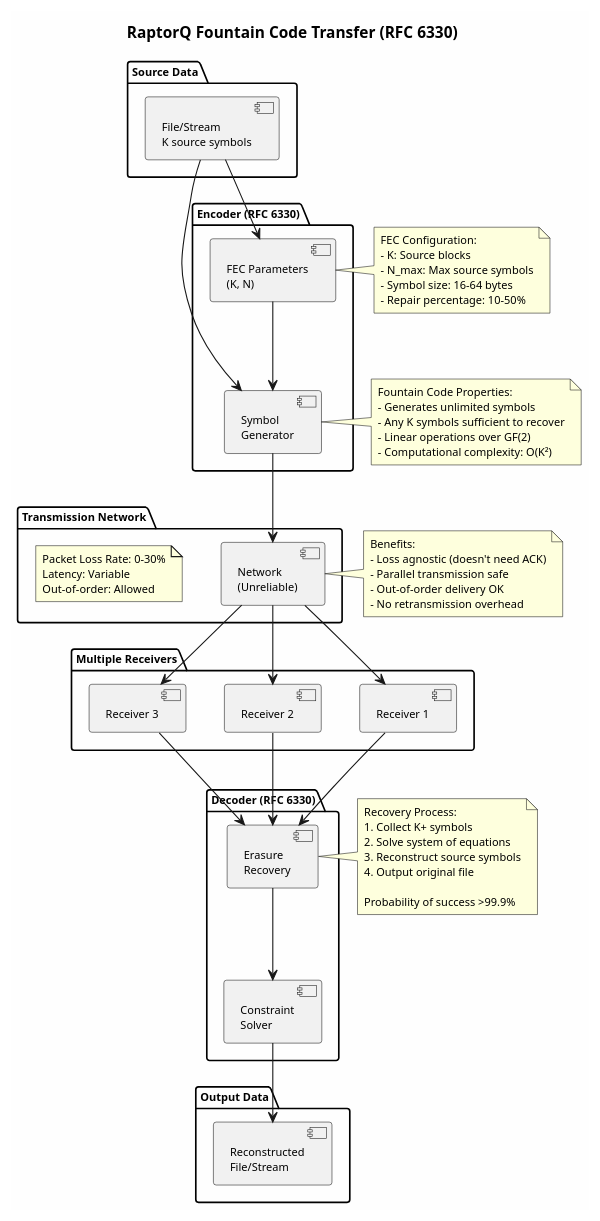
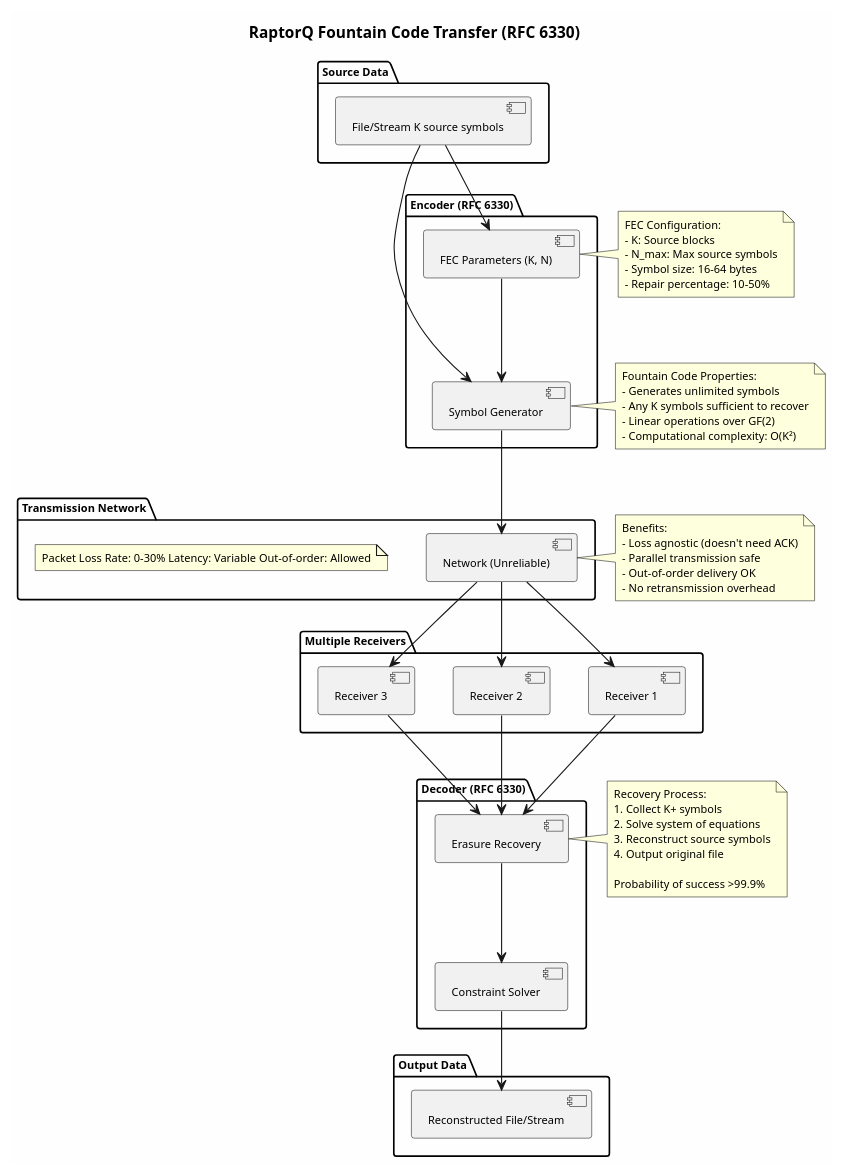
The diagram in projects/synchronized-telemetry-streaming-research/diagrams/architecture/raptorq-transfer-architecture.puml (mwwhited-notes/shared), drawn with PlantUML before and after one commit. The commit also changed 8 other files, not shown here.

Commit message:
update diagrams

```diff
--- a/projects/synchronized-telemetry-streaming-research/diagrams/architecture/raptorq-transfer-architecture.puml
+++ b/projects/synchronized-telemetry-streaming-research/diagrams/architecture/raptorq-transfer-architecture.puml
@@ -1,88 +1,88 @@
 @startuml RaptorQ Erasure-Coded Transfer Architecture
 skinparam backgroundColor #FEFEFE
 skinparam defaultFontName Helvetica
 skinparam defaultFontSize 10
 
 title RaptorQ Fountain Code Transfer (RFC 6330)
 
 package "Source Data" {
-    database [File/Stream\nK source symbols] as source
+    database [File/Stream K source symbols] as source
 }
 
 package "Encoder (RFC 6330)" {
-    component [Symbol\nGenerator] as encoder
-    component [FEC Parameters\n(K, N)] as fec_params
+    component [Symbol Generator] as encoder
+    component [FEC Parameters (K, N)] as fec_params
 }
 
 package "Transmission Network" {
-    component [Network\n(Unreliable)] as network
-    note "Packet Loss Rate: 0-30%\nLatency: Variable\nOut-of-order: Allowed" as net_note
+    component [Network (Unreliable)] as network
+    note "Packet Loss Rate: 0-30% Latency: Variable Out-of-order: Allowed" as net_note
 }
 
 package "Multiple Receivers" {
     component [Receiver 1] as rx1
     component [Receiver 2] as rx2
     component [Receiver 3] as rx3
 }
 
 package "Decoder (RFC 6330)" {
-    component [Erasure\nRecovery] as decoder
-    component [Constraint\nSolver] as solver
+    component [Erasure Recovery] as decoder
+    component [Constraint Solver] as solver
 }
 
 package "Output Data" {
-    database [Reconstructed\nFile/Stream] as output
+    database [Reconstructed File/Stream] as output
 }
 
 ' Main flow
 source --> fec_params
 source --> encoder
 fec_params --> encoder
 
 encoder --> network
 network --> rx1
 network --> rx2
 network --> rx3
 
 rx1 --> decoder
 rx2 --> decoder
 rx3 --> decoder
 
 decoder --> solver
 solver --> output
 
 note right of encoder
   Fountain Code Properties:
   - Generates unlimited symbols
   - Any K symbols sufficient to recover
   - Linear operations over GF(2)
   - Computational complexity: O(K²)
 end note
 
 note right of fec_params
   FEC Configuration:
   - K: Source blocks
   - N_max: Max source symbols
   - Symbol size: 16-64 bytes
   - Repair percentage: 10-50%
 end note
 
 note right of network
   Benefits:
   - Loss agnostic (doesn't need ACK)
   - Parallel transmission safe
   - Out-of-order delivery OK
   - No retransmission overhead
 end note
 
 note right of decoder
   Recovery Process:
   1. Collect K+ symbols
   2. Solve system of equations
   3. Reconstruct source symbols
   4. Output original file
 
   Probability of success >99.9%
 end note
 
 @enduml
```
